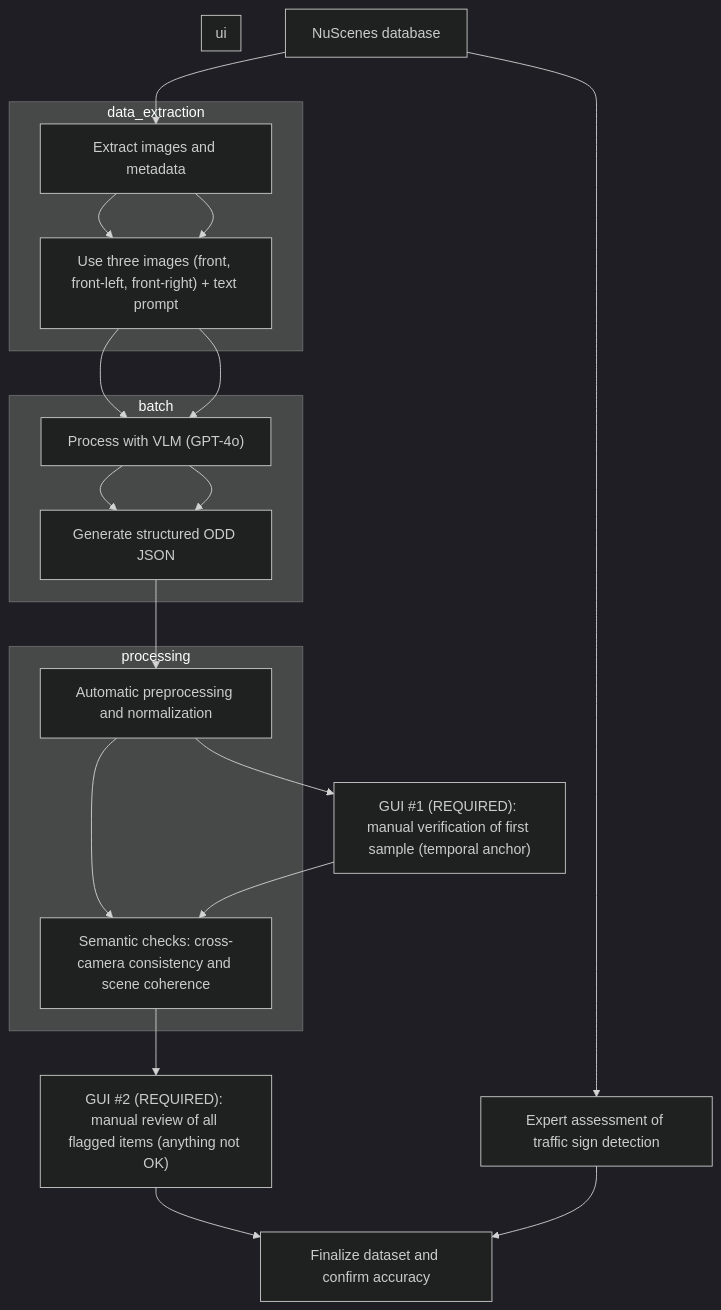
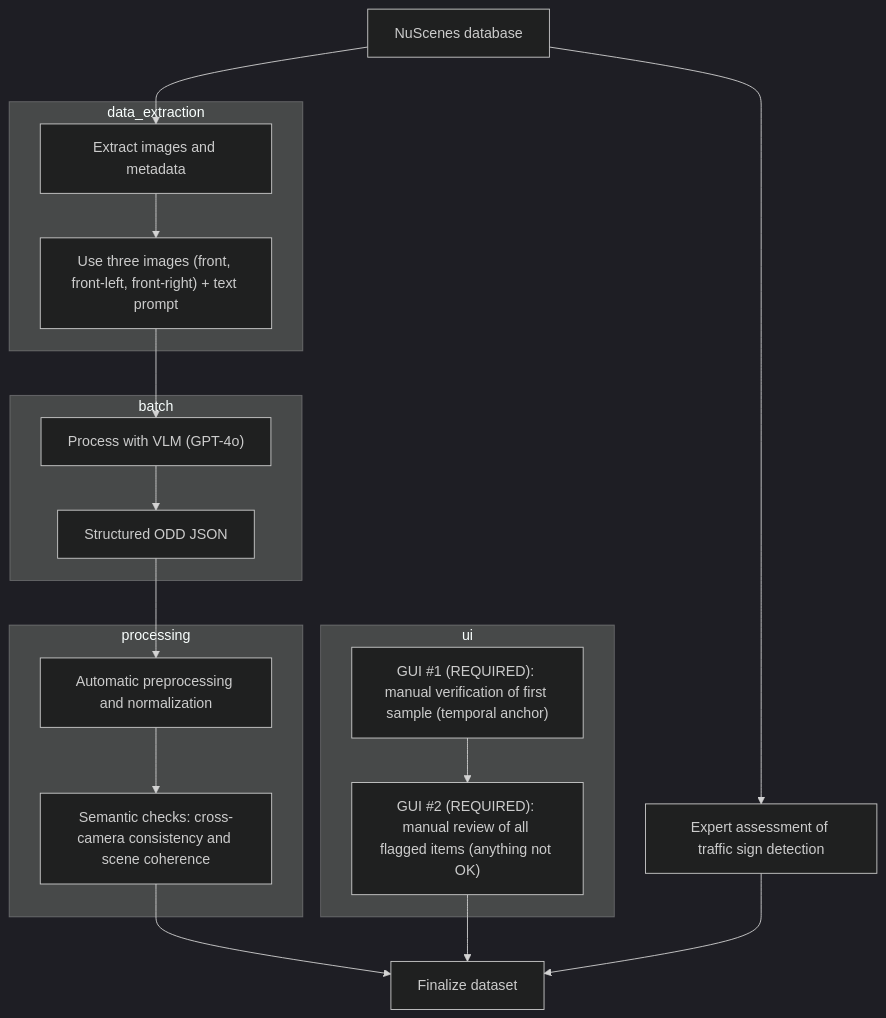
One commit to mchouai27/vlm-odd-pipeline changed the diagram in README.md. Above: the diagram before and after it, drawn with Mermaid (dark theme).

````diff
--- a/README.md
+++ b/README.md
@@ -11,36 +11,43 @@
 ```mermaid
 flowchart TB
+  %% Nodes
   NUSC[NuScenes database]
   EXTRACT["Extract images and metadata"]
   THREE["Use three images (front, front-left, front-right) + text prompt"]
   VLM["Process with VLM (GPT-4o)"]
-  ODD["Generate structured ODD JSON"]
+  ODD["Structured ODD JSON"]
   PREP["Automatic preprocessing and normalization"]
+  SEM["Semantic checks: cross-camera consistency and scene coherence"]
   GUI1["GUI #1 (REQUIRED): manual verification of first sample (temporal anchor)"]
-  SEM["Semantic checks: cross-camera consistency and scene coherence"]
   GUI2["GUI #2 (REQUIRED): manual review of all flagged items (anything not OK)"]
-  FINAL["Finalize dataset and confirm accuracy"]
   EXPERT["Expert assessment of traffic sign detection"]
+  FINAL["Finalize dataset"]
 
-  subgraph "data_extraction"
+  %% Groups
+  subgraph data_extraction
     EXTRACT --> THREE
   end
 
-  subgraph "batch"
+  subgraph batch
     THREE --> VLM --> ODD
   end
 
-  subgraph "processing"
+  subgraph processing
     PREP --> SEM
   end
 
-  subgraph "ui"
+  subgraph ui
+    GUI1 --> GUI2
   end
 
-  %% Main pipeline flow (corrected order)
-  NUSC --> EXTRACT --> THREE --> VLM --> ODD --> PREP --> GUI1 --> SEM --> GUI2 --> FINAL
+  %% Main flow (no links between 'ui' and 'processing')
+  NUSC --> EXTRACT
+  ODD --> PREP
+  SEM --> FINAL
+  GUI2 --> FINAL
 
-  %% Additional connections
+  %% Additional connection requested
+  NUSC --> EXPERT
   EXPERT --> FINAL
-  NUSC --> EXPERT
+
 ```
````
